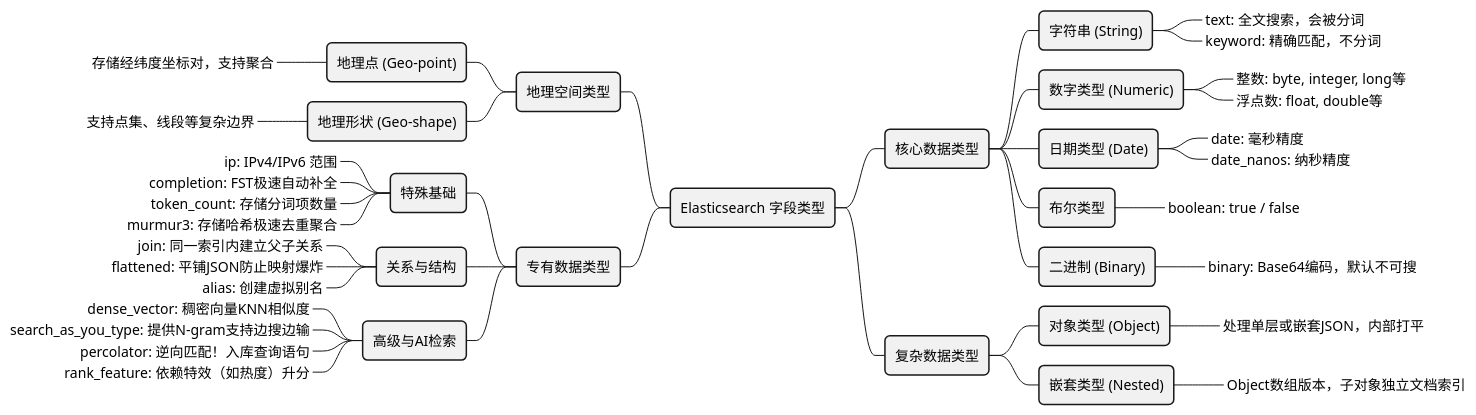
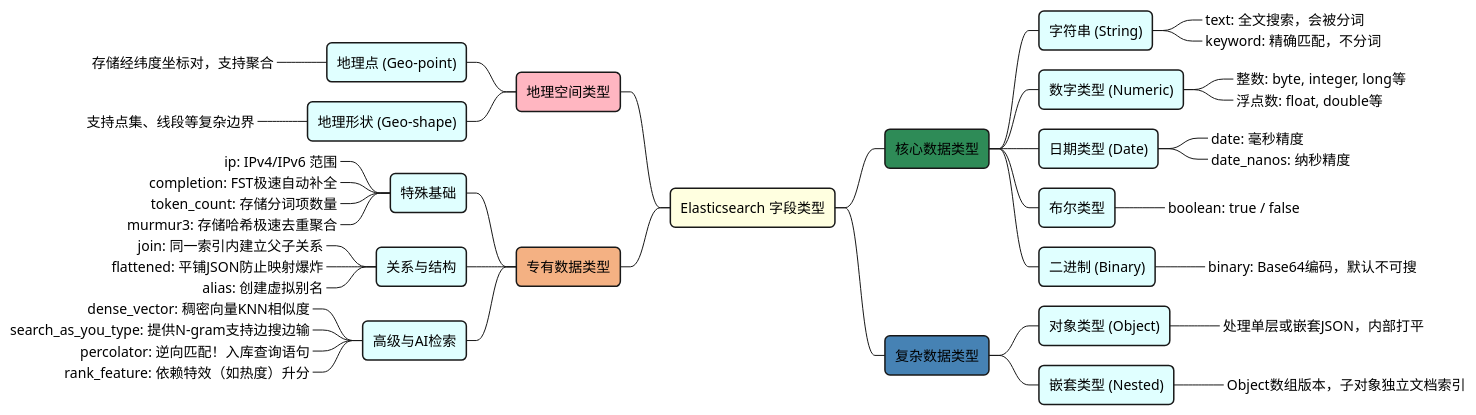
Before and after one commit to Lin-Lambert/obisdian: the diagram in elastic/elastic.md, drawn with PlantUML. The commit also changed 5 other files, not shown here.

Commit message:
调整uml流程图样式

````diff
--- a/elastic/elastic.md
+++ b/elastic/elastic.md
@@ -7,56 +7,58 @@
 ```plantuml
 @startmindmap
+' 全局样式配色 (遵循 uml skill 规范)
 skinparam BackgroundColor white
 skinparam Shadowing false
 skinparam RoundCorner 10
 skinparam DefaultFontName "Microsoft YaHei"
 skinparam NodePadding 15
 
-* Elasticsearch 字段类型
+' 个体元素的专用配色 (遵循 uml skill 规范中的 #color 说明)
+*[#LightYellow] Elasticsearch 字段类型
 
-** 核心数据类型
-*** 字符串 (String)
+**[#SeaGreen] 核心数据类型
+***[#E0FFFF] 字符串 (String)
 ****_ text: 全文搜索，会被分词
 ****_ keyword: 精确匹配，不分词
-*** 数字类型 (Numeric)
+***[#E0FFFF] 数字类型 (Numeric)
 ****_ 整数: byte, integer, long等
 ****_ 浮点数: float, double等
-*** 日期类型 (Date)
+***[#E0FFFF] 日期类型 (Date)
 ****_ date: 毫秒精度
 ****_ date_nanos: 纳秒精度
-*** 布尔类型
+***[#E0FFFF] 布尔类型
 ****_ boolean: true / false
-*** 二进制 (Binary)
+***[#E0FFFF] 二进制 (Binary)
 ****_ binary: Base64编码，默认不可搜
 
-** 复杂数据类型
-*** 对象类型 (Object)
+**[#SteelBlue] 复杂数据类型
+***[#E0FFFF] 对象类型 (Object)
 ****_ 处理单层或嵌套JSON，内部打平
-*** 嵌套类型 (Nested)
+***[#E0FFFF] 嵌套类型 (Nested)
 ****_ Object数组版本，子对象独立文档索引
 
 left side
 
-** 地理空间类型
-*** 地理点 (Geo-point)
+**[#LightPink] 地理空间类型
+***[#E0FFFF] 地理点 (Geo-point)
 ****_ 存储经纬度坐标对，支持聚合
-*** 地理形状 (Geo-shape)
+***[#E0FFFF] 地理形状 (Geo-shape)
 ****_ 支持点集、线段等复杂边界
 
-** 专有数据类型
-*** 特殊基础
+**[#F4B183] 专有数据类型
+***[#E0FFFF] 特殊基础
 ****_ ip: IPv4/IPv6 范围
 ****_ completion: FST极速自动补全
 ****_ token_count: 存储分词项数量
 ****_ murmur3: 存储哈希极速去重聚合
-*** 关系与结构
+***[#E0FFFF] 关系与结构
 ****_ join: 同一索引内建立父子关系
 ****_ flattened: 平铺JSON防止映射爆炸
 ****_ alias: 创建虚拟别名
-*** 高级与AI检索
+***[#E0FFFF] 高级与AI检索
 ****_ dense_vector: 稠密向量KNN相似度
 ****_ search_as_you_type: 提供N-gram支持边搜边输
 ****_ percolator: 逆向匹配！入库查询语句
 ****_ rank_feature: 依赖特效（如热度）升分
 @endmindmap
 ```
````
